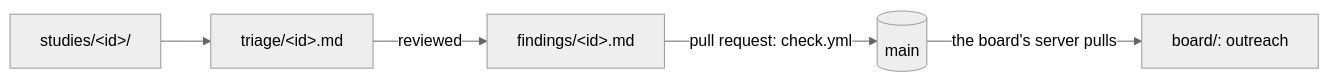
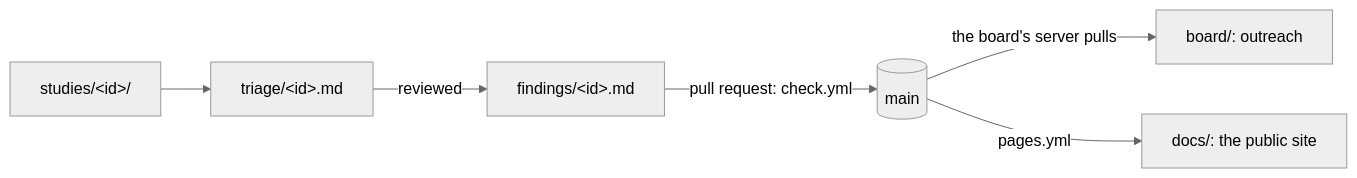
One commit to CPerezz/pq-chain-analysis changed the diagram in README.md. Above: the diagram before and after it, drawn with Mermaid (neutral theme). The commit also changed other lines of this file and 1032 other files, not shown here.

````diff
--- a/README.md
+++ b/README.md
@@ -11,7 +12,8 @@
 ```mermaid
 flowchart LR
   S["studies/&lt;id&gt;/"] --> T["triage/&lt;id&gt;.md"]
   T -->|reviewed| F["findings/&lt;id&gt;.md"]
   F -->|"pull request: check.yml"| M[(main)]
   M -->|"the board's server pulls"| B["board/: outreach"]
+  M -->|pages.yml| P["docs/: the public site"]
 ```
````
